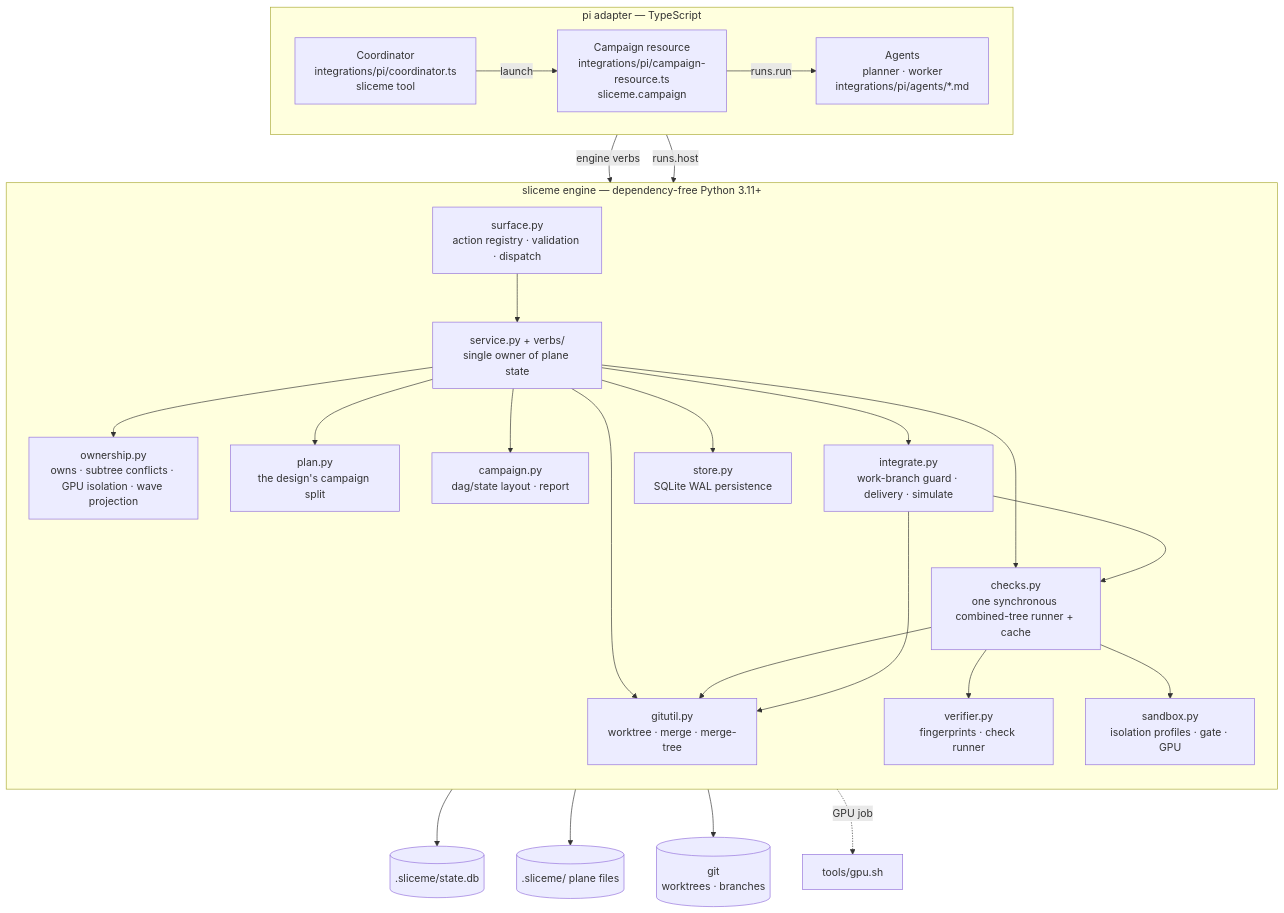
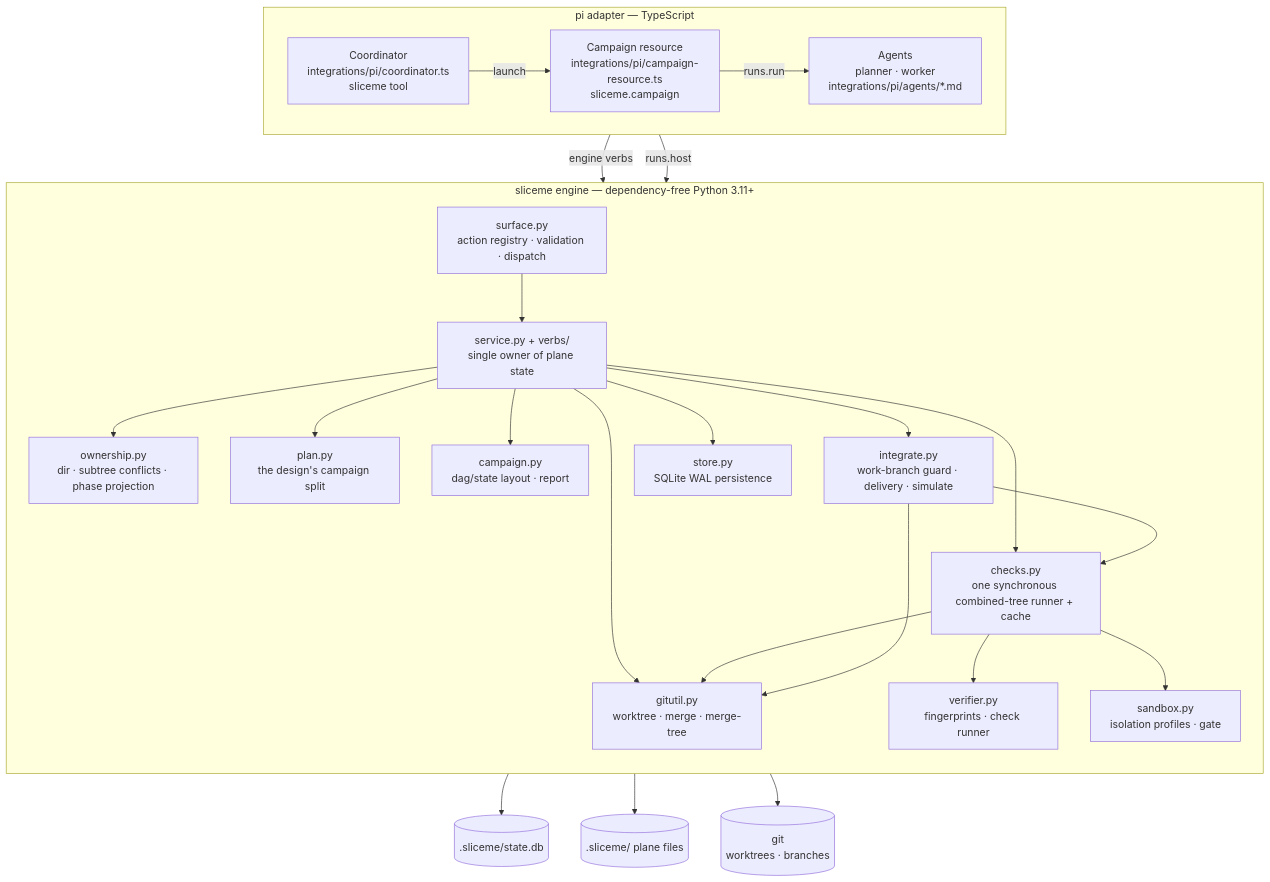
Before and after one commit to ming6ao/sliceme: the second of 10 diagrams in docs/architecture.md, drawn with Mermaid. The commit also changed other lines of this file and 57 other files, not shown here.

First line of the commit message:
refactor: remove GPU handling and rename wave to phase

````diff
--- a/docs/architecture.md
+++ b/docs/architecture.md
@@ -76,50 +77,49 @@
 ```mermaid
 flowchart TB
   subgraph adapter["pi adapter — TypeScript"]
     direction LR
     CO["Coordinator<br/>integrations/pi/coordinator.ts<br/>sliceme tool"]
     RS["Campaign resource<br/>integrations/pi/campaign-resource.ts<br/>sliceme.campaign"]
     SA["Agents<br/>planner · worker<br/>integrations/pi/agents/*.md"]
   end
 
   subgraph engine["sliceme engine — dependency-free Python 3.11+"]
     direction TB
     SU["surface.py<br/>action registry · validation · dispatch"]
     SE["service.py + verbs/<br/>single owner of plane state"]
-    OW["ownership.py<br/>owns · subtree conflicts · GPU isolation · wave projection"]
+    OW["ownership.py<br/>dir · subtree conflicts · phase projection"]
     PL["plan.py<br/>the design's campaign split"]
     CA["campaign.py<br/>dag/state layout · report"]
     VE["verifier.py<br/>fingerprints · check runner"]
-    SB["sandbox.py<br/>isolation profiles · gate · GPU"]
+    SB["sandbox.py<br/>isolation profiles · gate"]
     CH["checks.py<br/>one synchronous combined-tree runner + cache"]
     IN["integrate.py<br/>work-branch guard · delivery · simulate"]
     GU["gitutil.py<br/>worktree · merge · merge-tree"]
     STO["store.py<br/>SQLite WAL persistence"]
   end
 
   STATE[(".sliceme/state.db")]
   FILES[(".sliceme/ plane files")]
   GIT[("git<br/>worktrees · branches")]
 
   CO -->|"engine verbs"| SU
   CO -->|"launch"| RS
   RS -->|"runs.run"| SA
   RS -->|"runs.host"| SU
   SU --> SE
   SE --> OW
   SE --> PL
   SE --> CA
   SE --> IN
   SE --> CH
   SE --> GU
   CH --> VE
   CH --> SB
   CH --> GU
   IN --> GU
   IN --> CH
   SE --> STO
   STO --> STATE
   CA --> FILES
   GU --> GIT
-  SB -.->|"GPU job"| GPU["tools/gpu.sh"]
 ```
````
